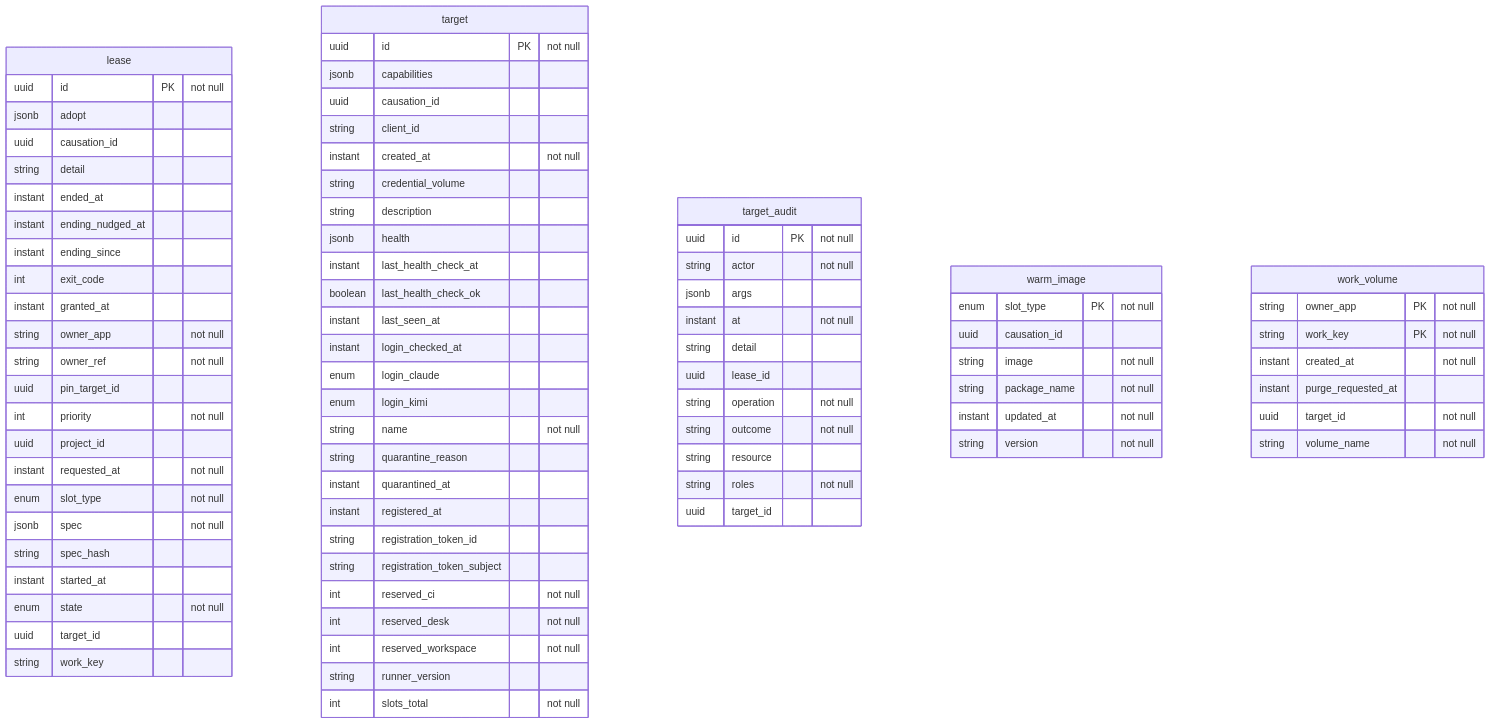
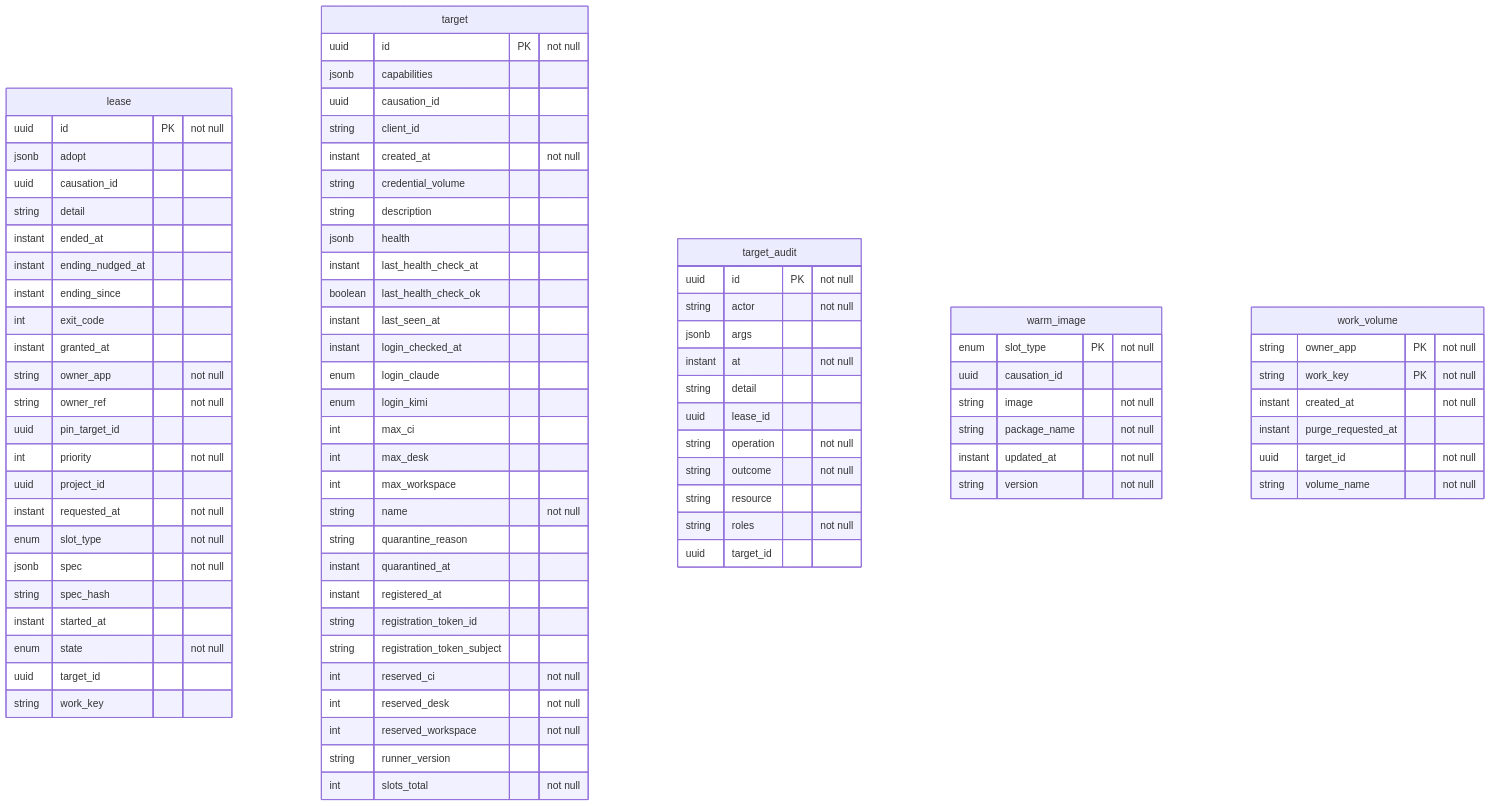
The diagram in docs/database/system.md (QuicklyIterateTheSoftware/qits-system-service), drawn with Mermaid before and after one commit.

Commit message:
chore(qits-1813): update entity diagram

```diff
--- a/docs/database/system.md
+++ b/docs/database/system.md
@@ -46,6 +46,9 @@
     instant login_checked_at
     enum login_claude
     enum login_kimi
+    int max_ci
+    int max_desk
+    int max_workspace
     string name "not null"
     string quarantine_reason
     instant quarantined_at
```
